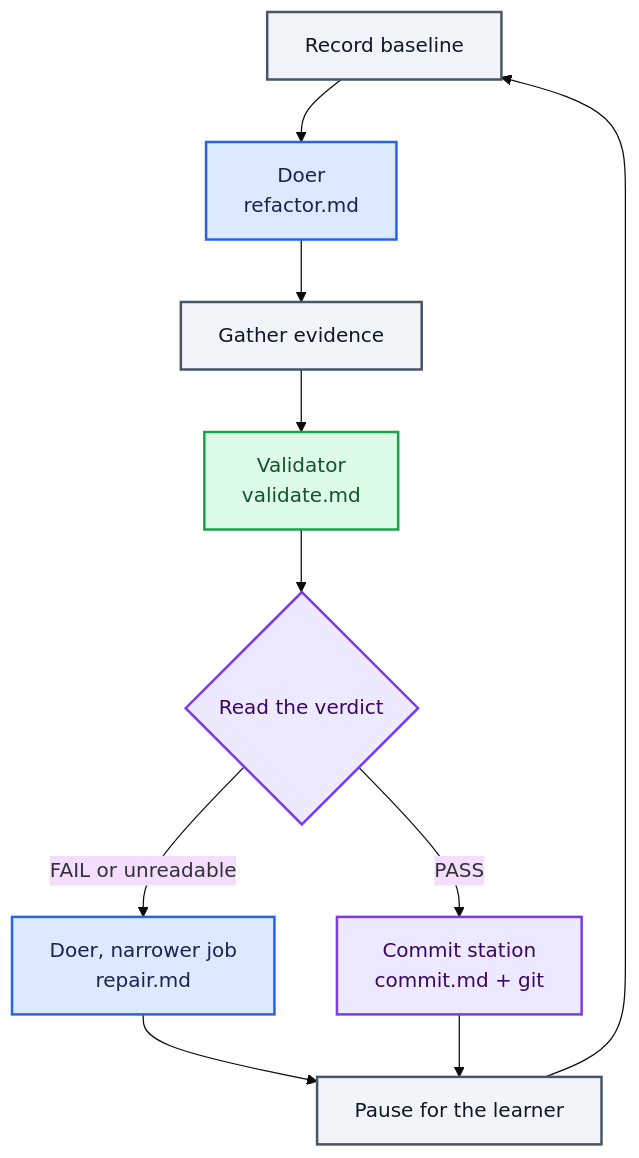
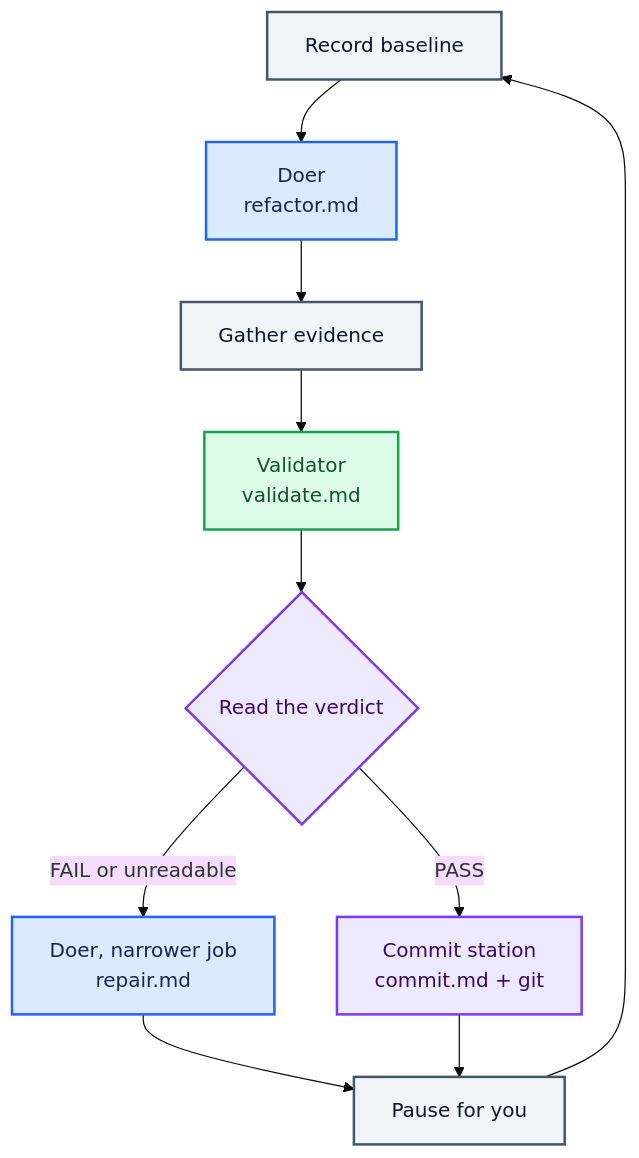
The diagram in lessons/02-build-the-factory/03-compose-and-branch/blocks/key-concept.md (lean-software-production/software-factory-tutorial), drawn with Mermaid (base theme) before and after one commit. The commit also changed other lines of this file and 39 other files, not shown here.

````diff
--- a/lessons/02-build-the-factory/03-compose-and-branch/blocks/key-concept.md
+++ b/lessons/02-build-the-factory/03-compose-and-branch/blocks/key-concept.md
@@ -29,21 +28,21 @@
 ```mermaid
 flowchart TD
     Baseline[Record baseline] --> Doer[Doer\nrefactor.md]
     Doer --> Evidence[Gather evidence]
     Evidence --> Validator[Validator\nvalidate.md]
     Validator --> Verdict{Read the verdict}
     Verdict -- FAIL or unreadable --> Repair[Doer, narrower job\nrepair.md]
     Verdict -- PASS --> Commit[Commit station\ncommit.md + git]
-    Repair --> Pause[Pause for the learner]
+    Repair --> Pause[Pause for you]
     Commit --> Pause
     Pause --> Baseline
 
     classDef doer fill:#dbeafe,stroke:#2563eb,color:#172554,stroke-width:2px
     classDef validator fill:#dcfce7,stroke:#16a34a,color:#14532d,stroke-width:2px
     classDef decision fill:#ede9fe,stroke:#7c3aed,color:#3b0764,stroke-width:2px
     classDef plain fill:#f1f5f9,stroke:#475569,color:#0f172a,stroke-width:2px
     class Doer,Repair doer
     class Validator validator
     class Commit,Verdict decision
     class Baseline,Evidence,Pause plain
 ```
````
